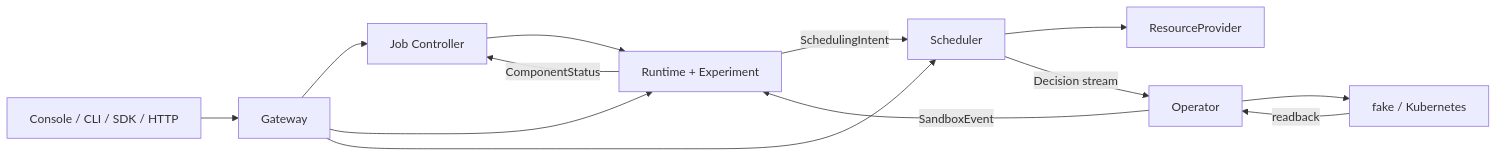
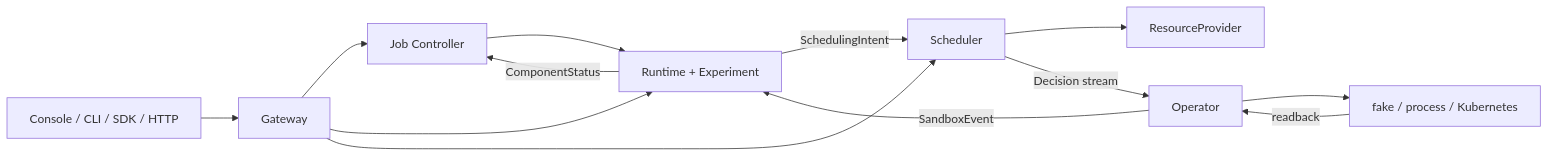
The diagram in docs/maintainers/code-walkthrough.md (Blizzard-cyber/TGS-RL), drawn with Mermaid before and after one commit. The commit also changed other lines of this file and 24 other files, not shown here.

````diff
--- a/docs/maintainers/code-walkthrough.md
+++ b/docs/maintainers/code-walkthrough.md
@@ -37,23 +37,23 @@
 ```mermaid
 flowchart LR
   Client[Console / CLI / SDK / HTTP]
   Gateway[Gateway]
   Job[Job Controller]
   Runtime[Runtime + Experiment]
   Scheduler[Scheduler]
   Provider[ResourceProvider]
   Operator[Operator]
-  Backend[fake / Kubernetes]
+  Backend[fake / process / Kubernetes]
 
   Client --> Gateway --> Job
   Job --> Runtime
   Runtime -->|SchedulingIntent| Scheduler
   Scheduler --> Provider
   Scheduler -->|Decision stream| Operator
   Operator --> Backend
   Backend -->|readback| Operator
   Operator -->|SandboxEvent| Runtime
   Runtime -->|ComponentStatus| Job
   Gateway --> Runtime
   Gateway --> Scheduler
 ```
````
